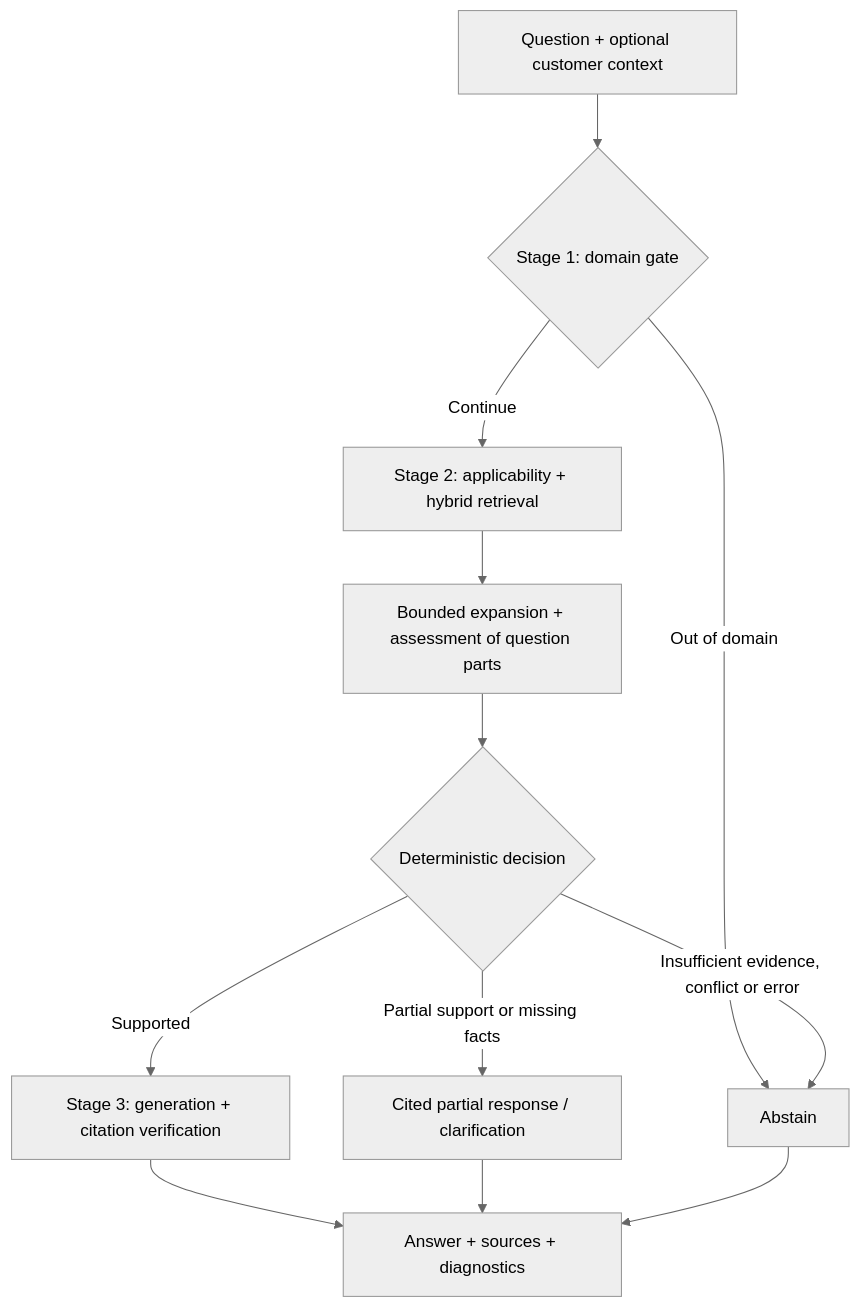
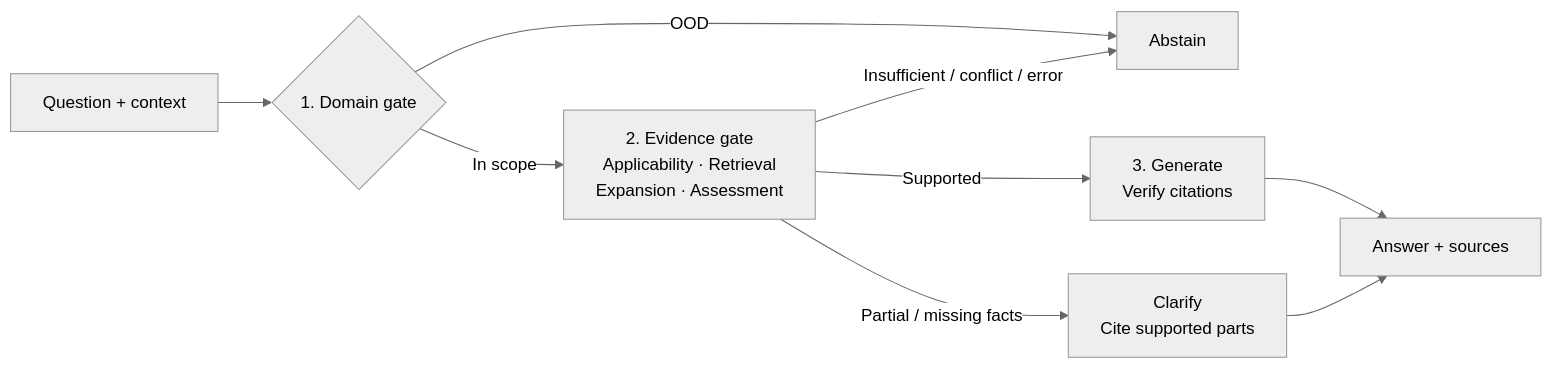
One commit to arpit196/OODRAG changed the diagram in README.md. Above: the diagram before and after it, drawn with Mermaid (neutral theme).

Commit message:
Revise flowchart in README for better readability
Updated flowchart format and improved clarity in stages.

````diff
--- a/README.md
+++ b/README.md
@@ -25,14 +25,11 @@
 ```mermaid
-flowchart TD
-    Q[Question + optional customer context] --> S1{Stage 1: domain gate}
-    S1 -->|Out of domain| A[Abstain]
-    S1 -->|Continue| S2[Stage 2: applicability + hybrid retrieval]
-    S2 --> E[Bounded expansion + assessment of question parts]
-    E --> D{Deterministic decision}
-    D -->|Supported| G[Stage 3: generation + citation verification]
-    D -->|Partial support or missing facts| C[Cited partial response / clarification]
-    D -->|Insufficient evidence, conflict or error| A
-    G --> UI[Answer + sources + diagnostics]
-    C --> UI
-    A --> UI
+flowchart LR
+    Q[Question + context] --> S1{1. Domain gate}
+    S1 -->|In scope| S2[2. Evidence gate<br/>Applicability · Retrieval<br/>Expansion · Assessment]
+    S1 -->|OOD| A[Abstain]
+    S2 -->|Supported| G[3. Generate<br/>Verify citations]
+    S2 -->|Partial / missing facts| C[Clarify<br/>Cite supported parts]
+    S2 -->|Insufficient / conflict / error| A
+    G --> R[Answer + sources]
+    C --> R
 ```
````
